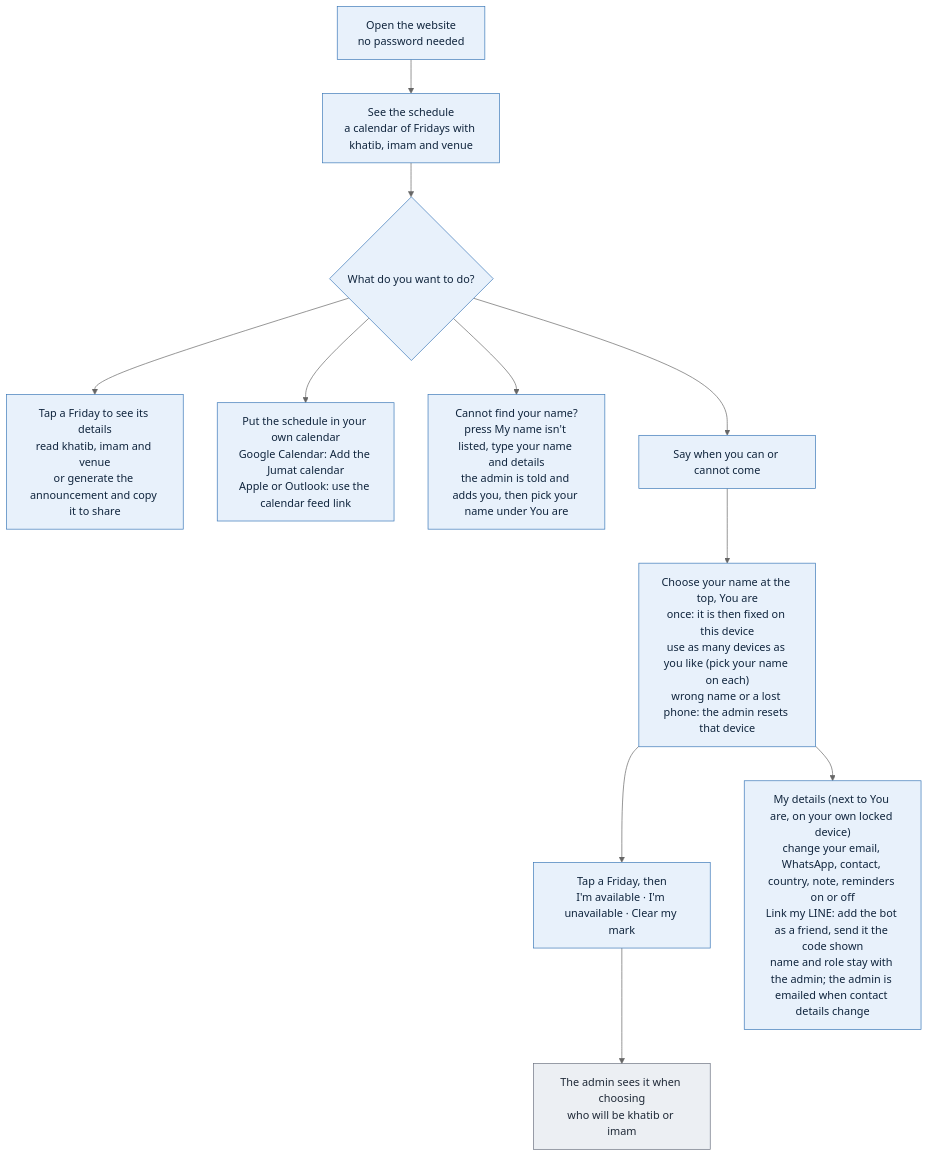
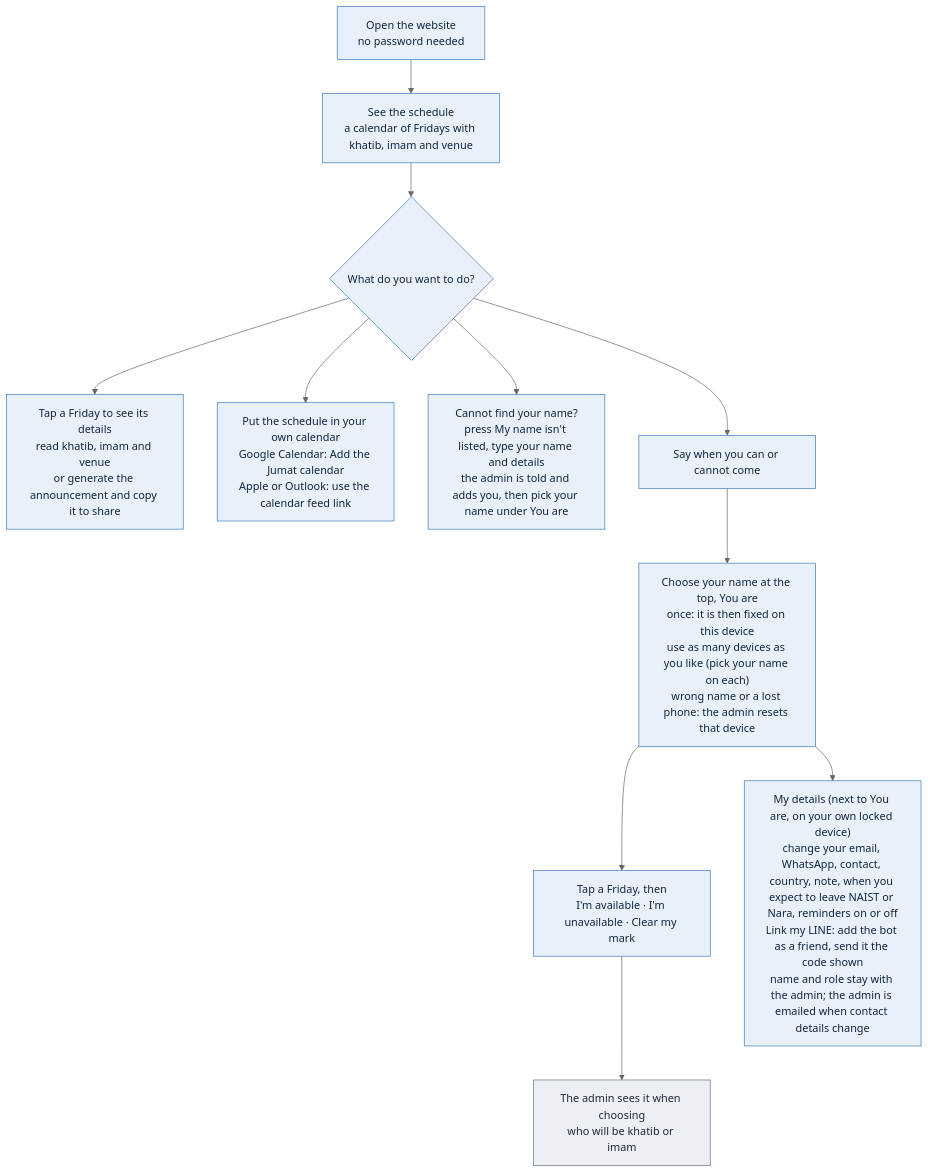
The diagram in public/flows/member.mmd (mushaffarasyidridha/Jumat-Scheduler-NAIST), drawn with Mermaid (neutral theme) before and after one commit. The commit also changed 21 other files, not shown here.

First line of the commit message:
Admin edits anyone on a shared device, leaving dates, monthly schedule (#57)

```diff
--- a/public/flows/member.mmd
+++ b/public/flows/member.mmd
@@ -1,17 +1,17 @@
 flowchart TD
   A["Open the website<br/>no password needed"] --> B["See the schedule<br/>a calendar of Fridays with khatib, imam and venue"]
   B --> C{"What do you want to do?"}
 
   C --> D["Tap a Friday to see its details<br/>read khatib, imam and venue<br/>or generate the announcement and copy it to share"]
   C --> E["Put the schedule in your own calendar<br/>Google Calendar: Add the Jumat calendar<br/>Apple or Outlook: use the calendar feed link"]
   C --> N["Cannot find your name?<br/>press My name isn't listed, type your name and details<br/>the admin is told and adds you, then pick your name under You are"]
   C --> F["Say when you can or cannot come"]
   F --> F1["Choose your name at the top, You are<br/>once: it is then fixed on this device<br/>use as many devices as you like (pick your name on each)<br/>wrong name or a lost phone: the admin resets that device"]
   F1 --> F2["Tap a Friday, then<br/>I'm available · I'm unavailable · Clear my mark"]
   F2 --> F3["The admin sees it when choosing<br/>who will be khatib or imam"]
-  F1 --> M["My details (next to You are, on your own locked device)<br/>change your email, WhatsApp, contact, country, note, reminders on or off<br/>Link my LINE: add the bot as a friend, send it the code shown<br/>name and role stay with the admin; the admin is emailed when contact details change"]
+  F1 --> M["My details (next to You are, on your own locked device)<br/>change your email, WhatsApp, contact, country, note, when you expect to leave NAIST or Nara, reminders on or off<br/>Link my LINE: add the bot as a friend, send it the code shown<br/>name and role stay with the admin; the admin is emailed when contact details change"]
 
   classDef member fill:#e8f1fb,stroke:#3b78b8,color:#10253d
   classDef robot fill:#eceff3,stroke:#6b7280,color:#1f2937
   class A,B,C,D,E,F,F1,F2,N,M member
   class F3 robot
```
